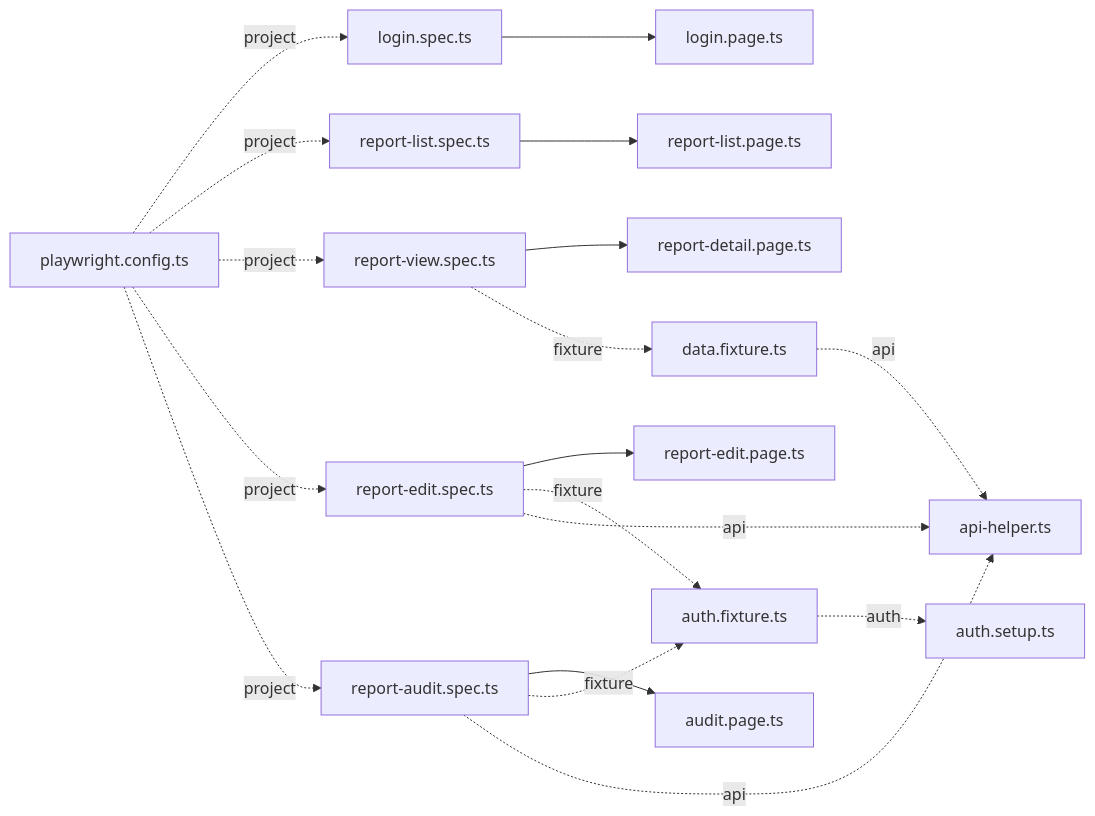
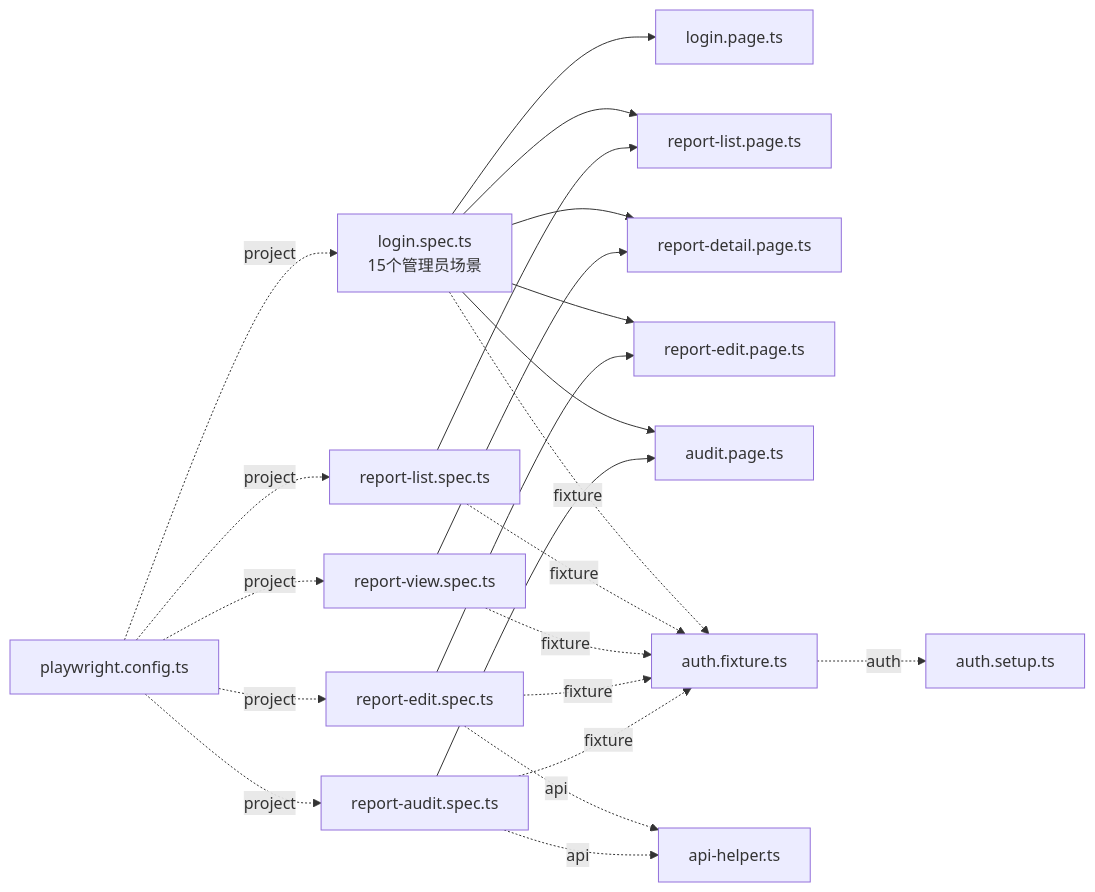
The fourth of 4 diagrams in .qoder/repowiki/zh/content/测试用例设计/冒烟测试套件.md (zzgoviziwind/--playwright), drawn with Mermaid before and after one commit. The commit also changed other lines of this file and 112 other files, not shown here.

````diff
--- a/.qoder/repowiki/zh/content/测试用例设计/冒烟测试套件.md
+++ b/.qoder/repowiki/zh/content/测试用例设计/冒烟测试套件.md
@@ -376,20 +433,25 @@
 ```mermaid
 graph LR
-L["login.spec.ts"] --> LP["login.page.ts"]
-RL["report-list.spec.ts"] --> RLP["report-list.page.ts"]
-RV["report-view.spec.ts"] --> RDP["report-detail.page.ts"]
-RE["report-edit.spec.ts"] --> REP["report-edit.page.ts"]
-RA["report-audit.spec.ts"] --> AP["audit.page.ts"]
-RV -. fixture .-> DF["data.fixture.ts"]
-RE -. fixture .-> AF["auth.fixture.ts"]
+L["login.spec.ts<br/>15个管理员场景"] --> LP["login.page.ts"]
+L --> RLP["report-list.page.ts"]
+L --> RDP["report-detail.page.ts"]
+L --> REP["report-edit.page.ts"]
+L --> AP["audit.page.ts"]
+RL["report-list.spec.ts"] --> RLP
+RV["report-view.spec.ts"] --> RDP
+RE["report-edit.spec.ts"] --> REP
+RA["report-audit.spec.ts"] --> AP
+L -. fixture .-> AF["auth.fixture.ts"]
+RL -. fixture .-> AF
+RV -. fixture .-> AF
+RE -. fixture .-> AF
 RA -. fixture .-> AF
 RE -. api .-> AH["api-helper.ts"]
 RA -. api .-> AH
-DF -. api .-> AH
 AF -. auth .-> AS["auth.setup.ts"]
 PC["playwright.config.ts"] -. project .-> L
 PC -. project .-> RL
 PC -. project .-> RV
 PC -. project .-> RE
 PC -. project .-> RA
 ```
````
